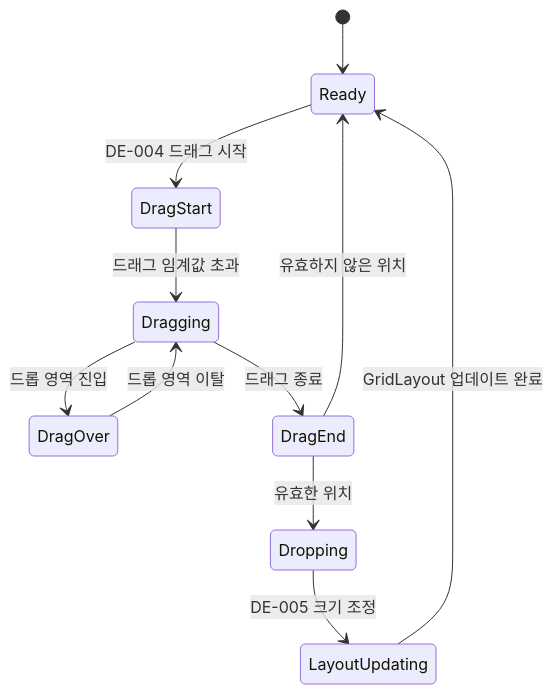
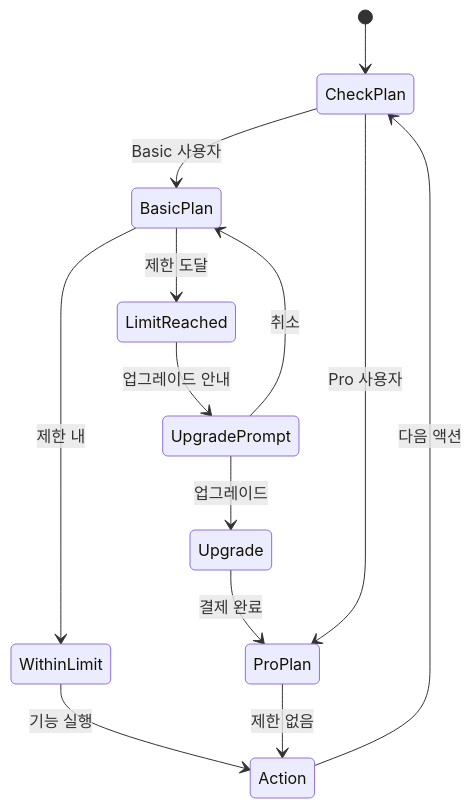
Diagram 12 of 14 in ui-design/user-flows.md (Seungwoo321/etorch-docs), drawn with Mermaid before and after one commit. The commit also changed other lines of this file, not shown here.

Commit message:
docs: 사용자 흐름 가이드 문서 업데이트

````diff
--- a/ui-design/user-flows.md
+++ b/ui-design/user-flows.md
@@ -675,13 +482,18 @@
 ```mermaid
 stateDiagram-v2
-    [*] --> Ready
-    Ready --> DragStart: DE-004 드래그 시작
-    DragStart --> Dragging: 드래그 임계값 초과
-    Dragging --> DragOver: 드롭 영역 진입
-    DragOver --> Dragging: 드롭 영역 이탈
-    Dragging --> DragEnd: 드래그 종료
-    DragEnd --> Ready: 유효하지 않은 위치
-    DragEnd --> Dropping: 유효한 위치
-    Dropping --> LayoutUpdating: DE-005 크기 조정
-    LayoutUpdating --> Ready: GridLayout 업데이트 완료
+    [*] --> CheckPlan
+    CheckPlan --> BasicPlan: Basic 사용자
+    CheckPlan --> ProPlan: Pro 사용자
+    
+    BasicPlan --> WithinLimit: 제한 내
+    BasicPlan --> LimitReached: 제한 도달
+    
+    WithinLimit --> Action: 기능 실행
+    LimitReached --> UpgradePrompt: 업그레이드 안내
+    UpgradePrompt --> Upgrade: 업그레이드
+    UpgradePrompt --> BasicPlan: 취소
+    
+    ProPlan --> Action: 제한 없음
+    Upgrade --> ProPlan: 결제 완료
+    Action --> CheckPlan: 다음 액션
 ```
````
